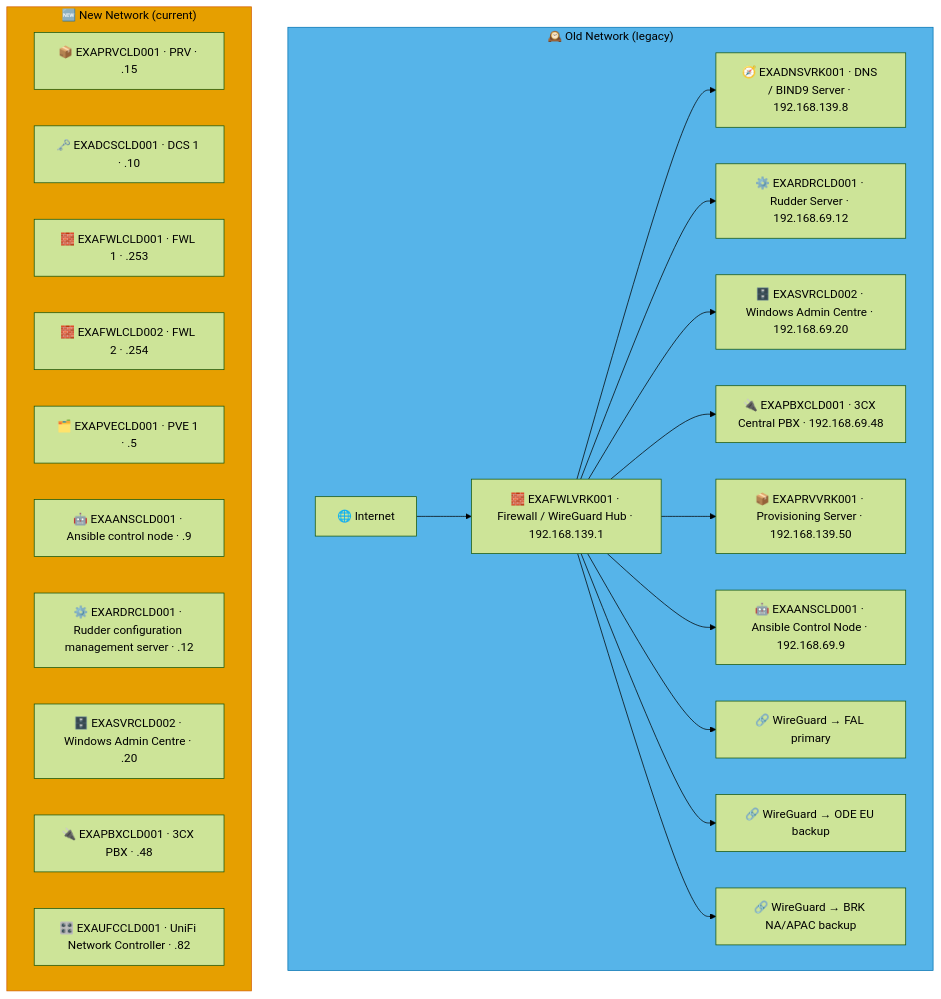
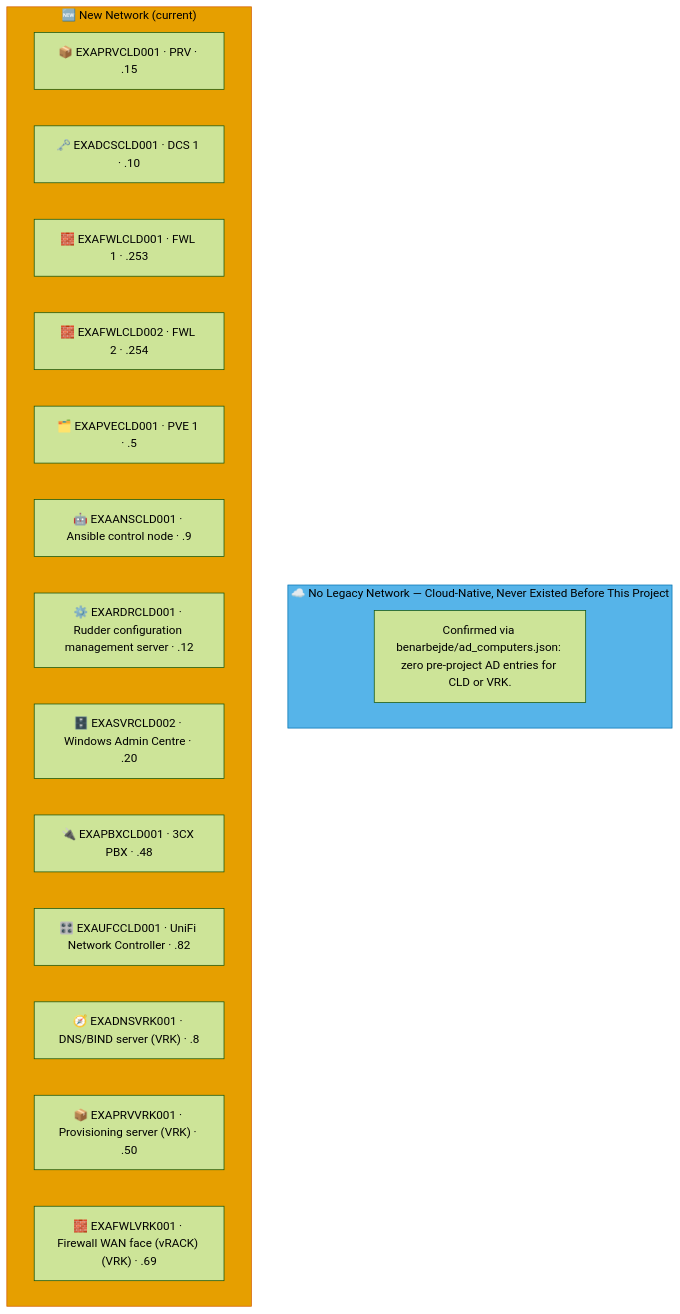
Before and after one commit to knightmare2600/example_music_infra: the diagram in docs/network-diagram/cld.md, drawn with Mermaid (forest theme). The commit also changed other lines of this file and 3 other files, not shown here.

````diff
--- a/docs/network-diagram/cld.md
+++ b/docs/network-diagram/cld.md
@@ -17,45 +23,25 @@
 ```mermaid
 graph TD
-    subgraph OLD_CLD ["🕰️ Old Network (legacy)"]
-      INET["🌐 Internet"]
-      FWLCLD["🧱 EXAFWLVRK001 · Firewall / WireGuard Hub · 192.168.139.1"]
-      DNS["🧭 EXADNSVRK001 · DNS / BIND9 Server · 192.168.139.8"]
-      PRV["📦 EXAPRVVRK001 · Provisioning Server · 192.168.139.50"]
-      RUD["⚙️ EXARDRCLD001 · Rudder Server · 192.168.69.12"]
-      WAC["🗄️ EXASVRCLD002 · Windows Admin Centre · 192.168.69.20"]
-      PBX["🔌 EXAPBXCLD001 · 3CX Central PBX · 192.168.69.48"]
-      ANS["🤖 EXAANSCLD001 · Ansible Control Node · 192.168.69.9"]
-
-      VPN_FAL["🔗 WireGuard → FAL primary"]
-      VPN_ODE["🔗 WireGuard → ODE EU backup"]
-      VPN_BRK["🔗 WireGuard → BRK NA/APAC backup"]
-
-      INET --> FWLCLD
-      FWLCLD --> DNS
-      FWLCLD --> RUD
-      FWLCLD --> WAC
-      FWLCLD --> PBX
-      FWLCLD --> PRV
-      FWLCLD --> ANS
-      FWLCLD --> VPN_FAL
-      FWLCLD --> VPN_ODE
-      FWLCLD --> VPN_BRK
-
+    subgraph OLD_CLD ["☁️ No Legacy Network — Cloud-Native, Never Existed Before This Project"]
+      N_OLD_NOTE["Confirmed via benarbejde/ad_computers.json: zero pre-project AD entries for CLD or VRK."]
     end
     style OLD_CLD fill:#56B4E9,stroke:#0072B2,color:#000000
     %% GENERATED:NEW-NETWORK:CLD:START
     subgraph NEW_CLD ["🆕 New Network (current)"]
       N_PRV["📦 EXAPRVCLD001 · PRV · .15"]
       N_DCS["🗝️ EXADCSCLD001 · DCS 1 · .10"]
       N_FWL["🧱 EXAFWLCLD001 · FWL 1 · .253"]
       N_FWL2["🧱 EXAFWLCLD002 · FWL 2 · .254"]
       N_PVE["🗂️ EXAPVECLD001 · PVE 1 · .5"]
       N_ANS["🤖 EXAANSCLD001 · Ansible control node · .9"]
       N_RDR["⚙️ EXARDRCLD001 · Rudder configuration management server · .12"]
       N_SVR["🗄️ EXASVRCLD002 · Windows Admin Centre · .20"]
       N_PBX["🔌 EXAPBXCLD001 · 3CX PBX · .48"]
       N_UFC["🎛️ EXAUFCCLD001 · UniFi Network Controller · .82"]
+      N_DNS["🧭 EXADNSVRK001 · DNS/BIND server (VRK) · .8"]
+      N_PRV2["📦 EXAPRVVRK001 · Provisioning server (VRK) · .50"]
+      N_FWL3["🧱 EXAFWLVRK001 · Firewall WAN face (vRACK) (VRK) · .69"]
     end
     style NEW_CLD fill:#E69F00,stroke:#D55E00,color:#000000
     %% GENERATED:NEW-NETWORK:CLD:END
 ```
````
